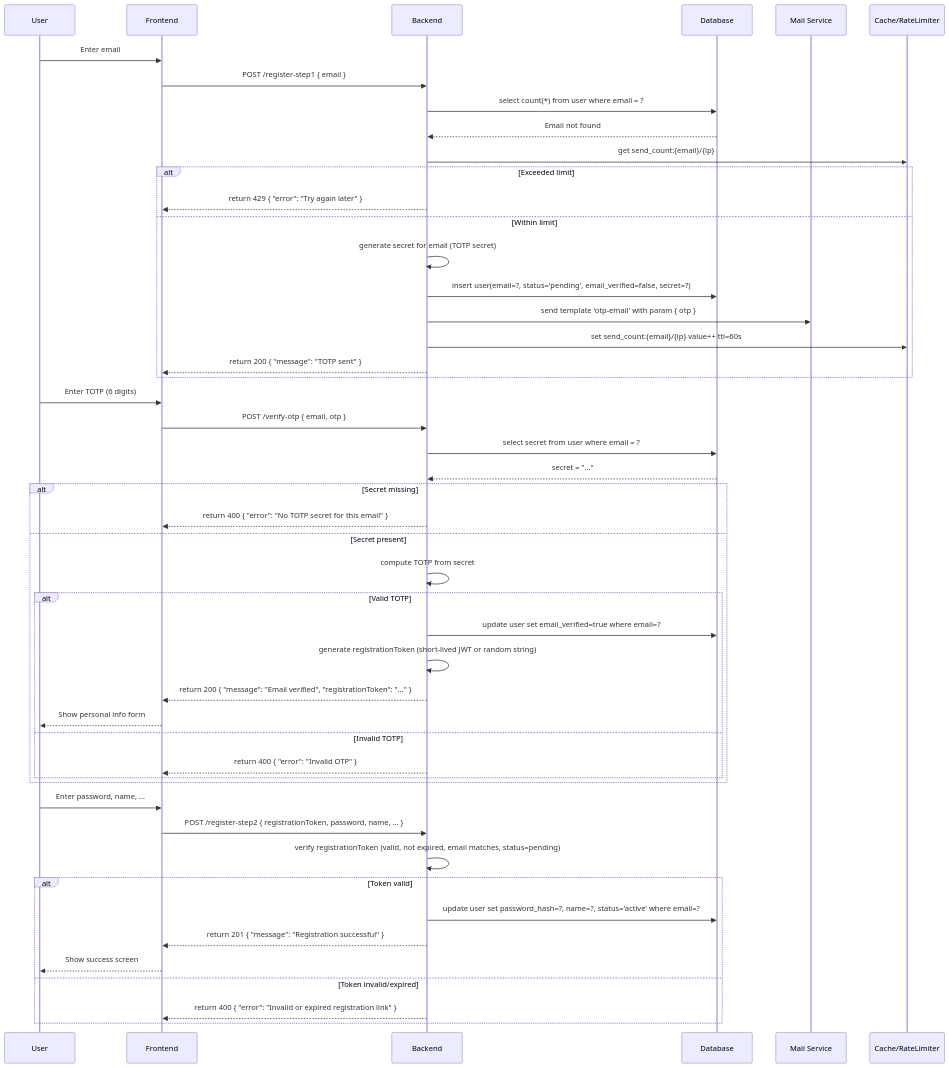
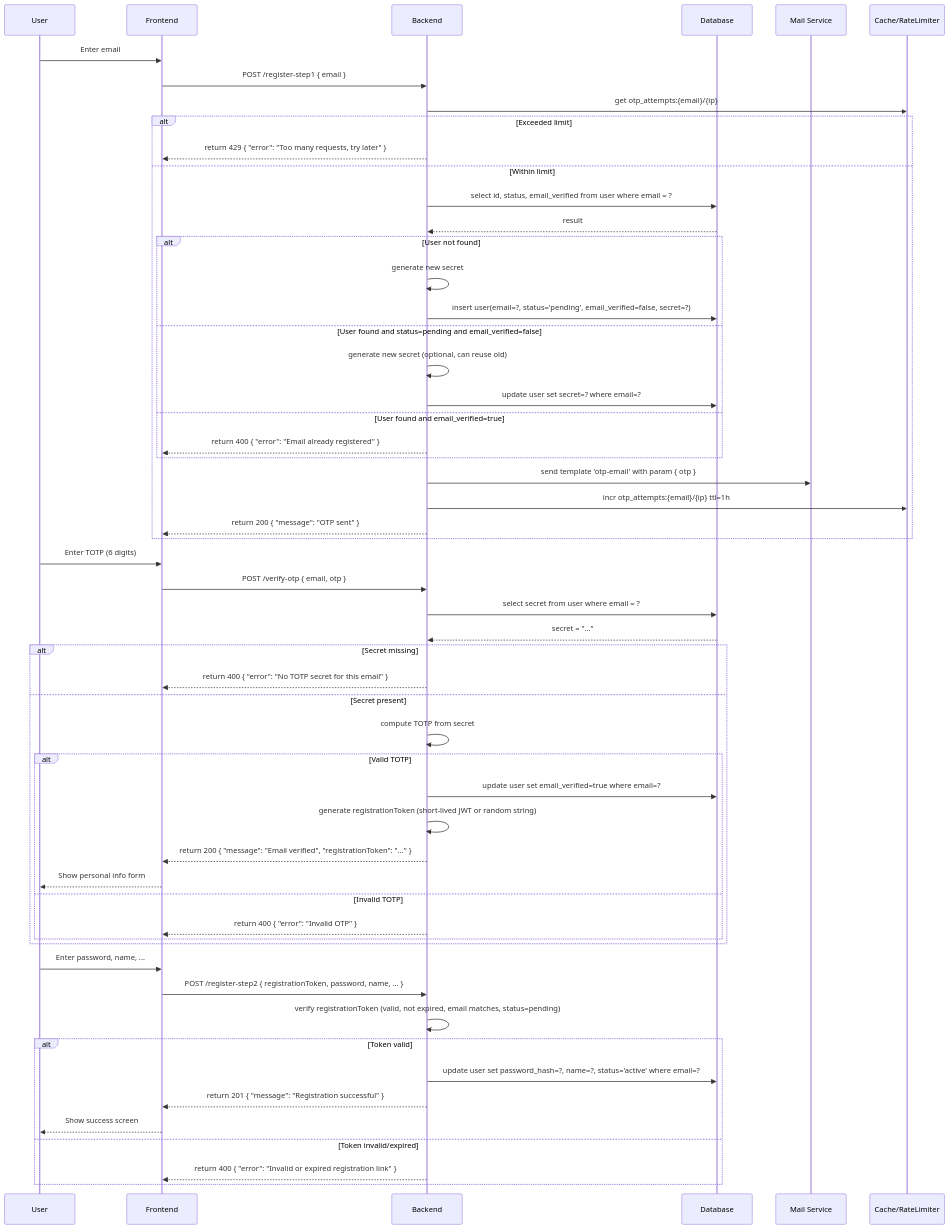
The diagram in register.md (ninggiangboy/flow), drawn with Mermaid before and after one commit.

Commit message:
Update registration flow to handle OTP attempts

````diff
--- a/register.md
+++ b/register.md
@@ -1,54 +1,63 @@
 ```mermaid
 sequenceDiagram
     participant U as User
     participant FE as Frontend
     participant BE as Backend
     participant DB as Database
     participant MS as Mail Service
     participant Cache as Cache/RateLimiter
 
     U->>FE: Enter email
     FE->>BE: POST /register-step1 { email }
-    BE->>DB: select count(*) from user where email = ?
-    DB-->>BE: Email not found
 
-    BE->>Cache: get send_count:{email}/{ip}
+    BE->>Cache: get otp_attempts:{email}/{ip}
     alt Exceeded limit
-        BE-->>FE: return 429 { "error": "Try again later" }
+        BE-->>FE: return 429 { "error": "Too many requests, try later" }
     else Within limit
-        BE->>BE: generate secret for email (TOTP secret)
-        BE->>DB: insert user(email=?, status='pending', email_verified=false, secret=?)
+        BE->>DB: select id, status, email_verified from user where email = ?
+        DB-->>BE: result
+
+        alt User not found
+            BE->>BE: generate new secret
+            BE->>DB: insert user(email=?, status='pending', email_verified=false, secret=?)
+        else User found and status=pending and email_verified=false
+            BE->>BE: generate new secret (optional, can reuse old)
+            BE->>DB: update user set secret=? where email=?
+        else User found and email_verified=true
+            BE-->>FE: return 400 { "error": "Email already registered" }
+        end
+
         BE->>MS: send template 'otp-email' with param { otp }
-        BE->>Cache: set send_count:{email}/{ip} value++ ttl=60s
-        BE-->>FE: return 200 { "message": "TOTP sent" }
+        BE->>Cache: incr otp_attempts:{email}/{ip} ttl=1h
+        BE-->>FE: return 200 { "message": "OTP sent" }
     end
 
     U->>FE: Enter TOTP (6 digits)
     FE->>BE: POST /verify-otp { email, otp }
     BE->>DB: select secret from user where email = ?
     DB-->>BE: secret = "..."
     alt Secret missing
         BE-->>FE: return 400 { "error": "No TOTP secret for this email" }
     else Secret present
         BE->>BE: compute TOTP from secret
         alt Valid TOTP
             BE->>DB: update user set email_verified=true where email=?
             BE->>BE: generate registrationToken (short-lived JWT or random string)
             BE-->>FE: return 200 { "message": "Email verified", "registrationToken": "..." }
             FE-->>U: Show personal info form
         else Invalid TOTP
             BE-->>FE: return 400 { "error": "Invalid OTP" }
         end
     end
     
     U->>FE: Enter password, name, ...
     FE->>BE: POST /register-step2 { registrationToken, password, name, ... }
     BE->>BE: verify registrationToken (valid, not expired, email matches, status=pending)
     alt Token valid
         BE->>DB: update user set password_hash=?, name=?, status='active' where email=?
         BE-->>FE: return 201 { "message": "Registration successful" }
         FE-->>U: Show success screen
     else Token invalid/expired
         BE-->>FE: return 400 { "error": "Invalid or expired registration link" }
     end
 ```
````
